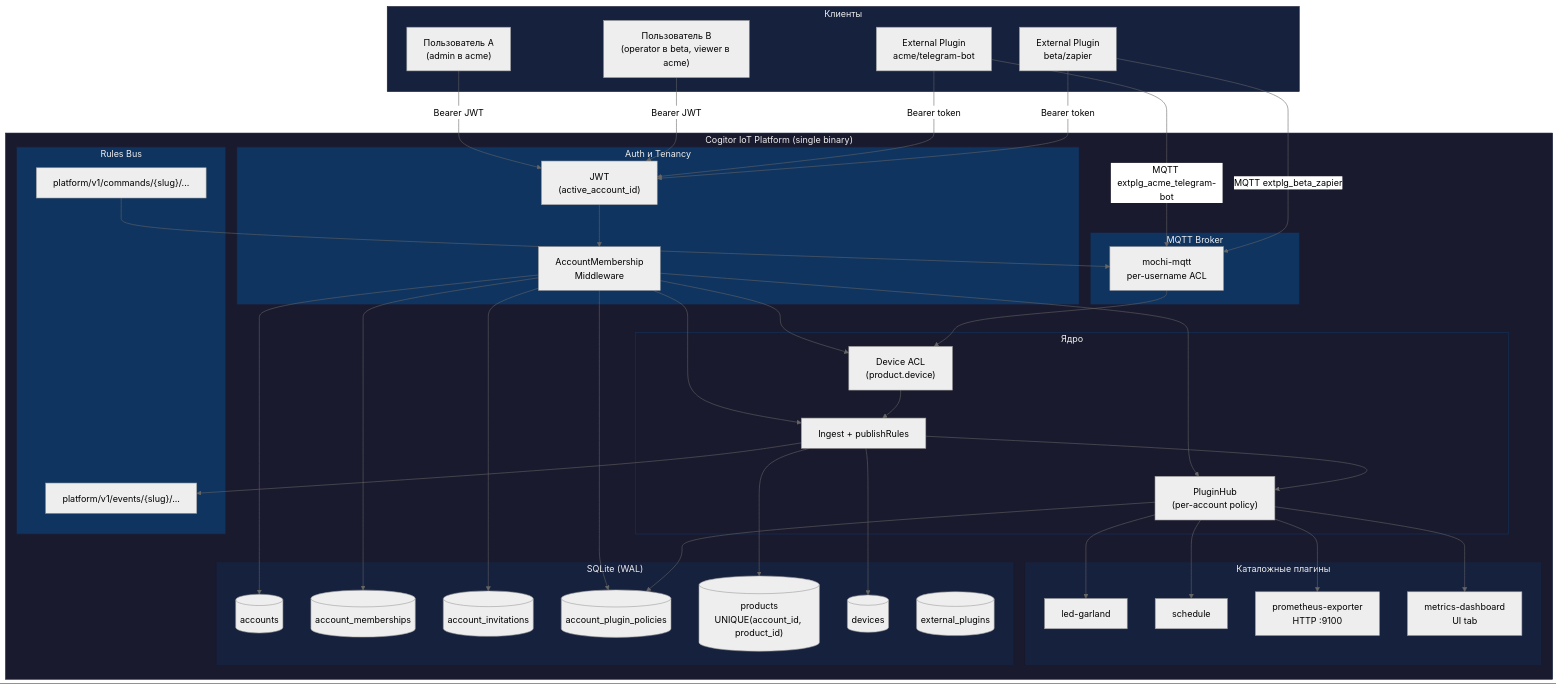
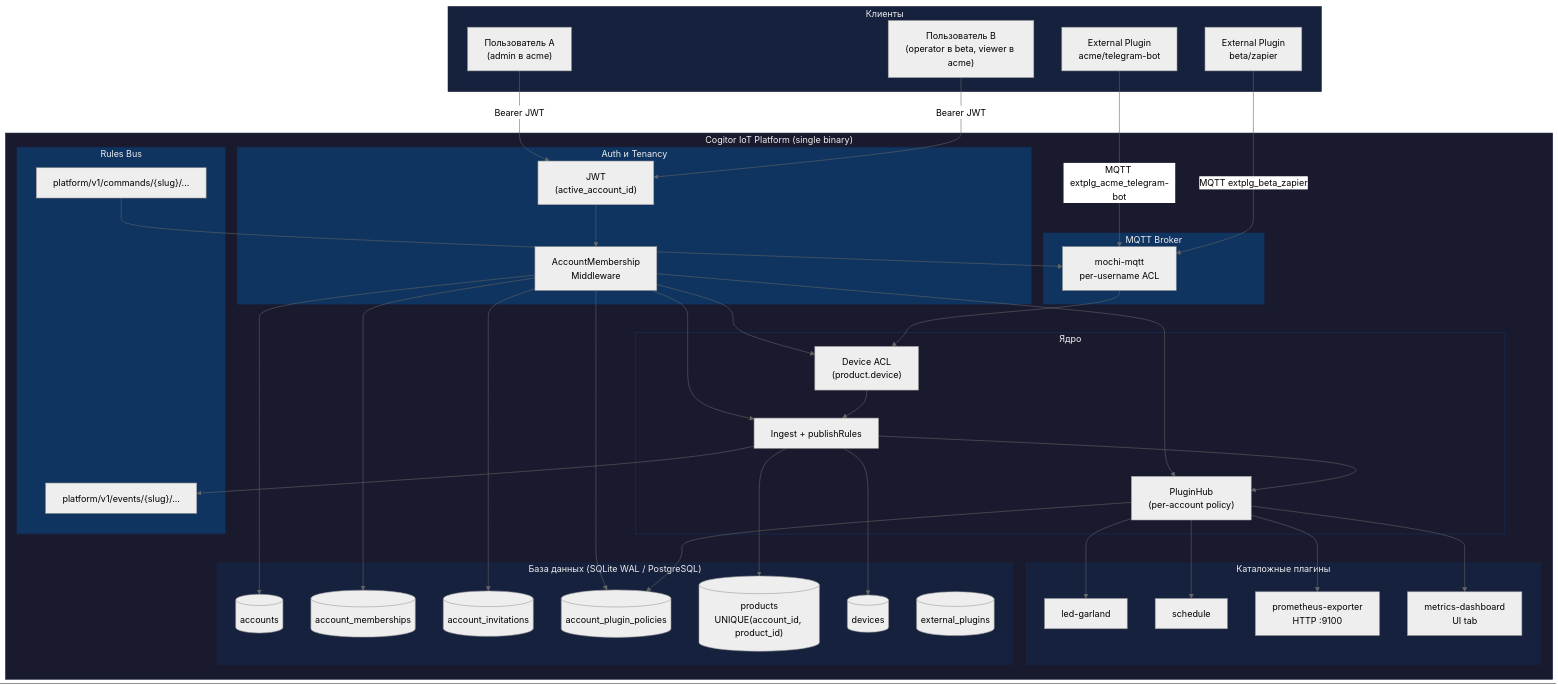
Before and after one commit to darvik80/iot-platform-go: the ninth of 20 diagrams in docs/ru/14-diagrams.md, drawn with Mermaid (neutral theme). The commit also changed other lines of this file and 81 other files, not shown here.

```diff
--- a/docs/ru/14-diagrams.md
+++ b/docs/ru/14-diagrams.md
@@ -347,7 +361,7 @@
             MD["metrics-dashboard<br/>UI tab"]
         end
 
-        subgraph DB["SQLite (WAL)"]
+        subgraph DB["База данных (SQLite WAL / PostgreSQL)"]
             ACC[("accounts")]
             MEM[("account_memberships")]
             INV[("account_invitations")]
@@ -365,8 +379,6 @@
 
     %% Клиенты → Auth
     U1 & U2 -->|"Bearer JWT"| JWT
-    P1 & P2 -->|"Bearer token"| JWT
-
     %% Auth → Core
     JWT --> IAM
     IAM --> ACL
```
